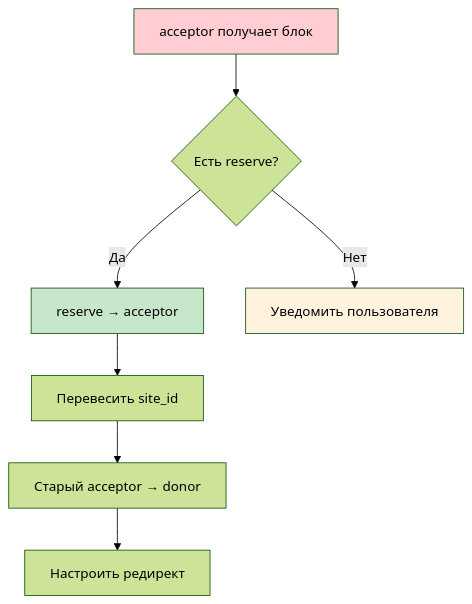
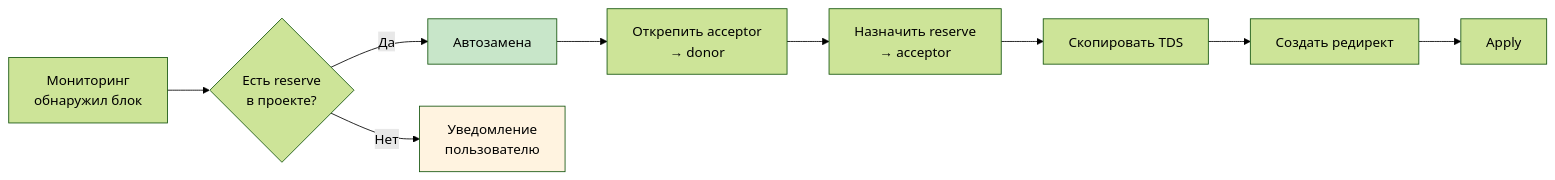
The second of 2 diagrams in wiki/API_Sites.md (admin310st/301), drawn with Mermaid (forest theme) before and after one commit. The commit also changed other lines of this file and 4 other files, not shown here.

````diff
--- a/wiki/API_Sites.md
+++ b/wiki/API_Sites.md
@@ -470,13 +605,15 @@
 ```mermaid
-flowchart TD
-    A[acceptor получает блок] --> B{Есть reserve?}
-    B -->|Да| C[reserve → acceptor]
-    C --> D[Перевесить site_id]
-    D --> E[Старый acceptor → donor]
-    E --> F[Настроить редирект]
-    B -->|Нет| G[Уведомить пользователя]
+flowchart LR
+    A[Мониторинг<br/>обнаружил блок] --> B{Есть reserve<br/>в проекте?}
+    B -->|Да| C[Автозамена]
+    B -->|Нет| D[Уведомление<br/>пользователю]
     
-    style A fill:#ffcdd2
+    C --> E[Открепить acceptor<br/>→ donor]
+    E --> F[Назначить reserve<br/>→ acceptor]
+    F --> G[Скопировать TDS]
+    G --> H[Создать редирект]
+    H --> I[Apply]
+    
     style C fill:#c8e6c9
-    style G fill:#fff3e0
+    style D fill:#fff3e0
 ```
````
